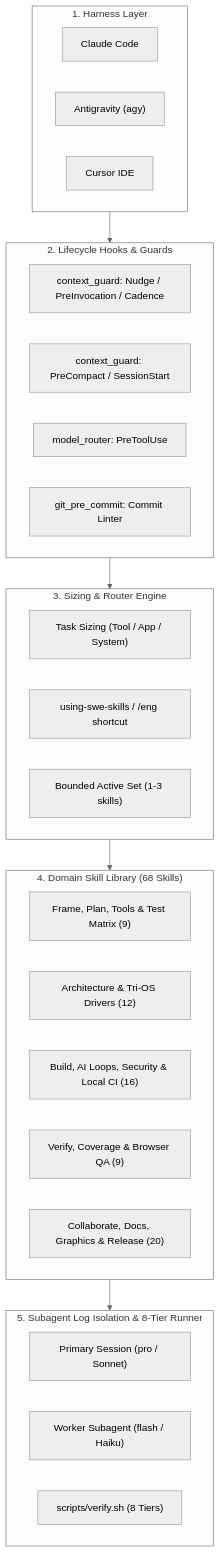
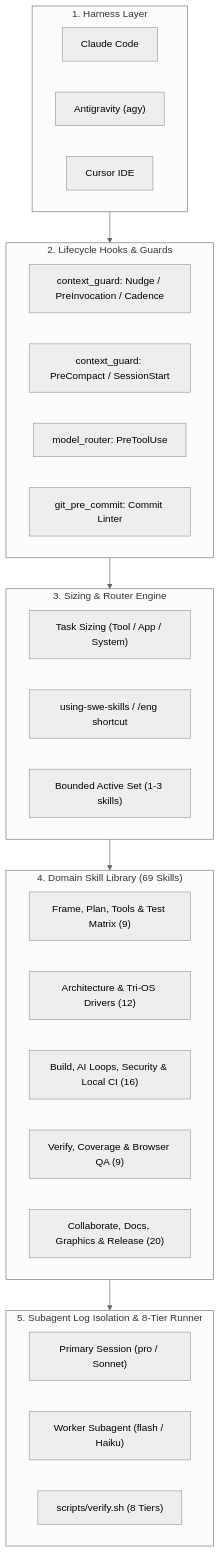
The diagram in docs/architecture.md (bsommers/swe-skills-2), drawn with Mermaid (neutral theme) before and after one commit. The commit also changed 11 other files, not shown here.

````diff
--- a/docs/architecture.md
+++ b/docs/architecture.md
@@ -15,40 +15,40 @@
 ```mermaid
 flowchart TD
     subgraph HarnessLayer["1. Harness Layer"]
         Claude["Claude Code"]
         Agy["Antigravity (agy)"]
         Cursor["Cursor IDE"]
     end
 
     subgraph HookLayer["2. Lifecycle Hooks & Guards"]
         Nudge["context_guard: Nudge / PreInvocation / Cadence"]
         CompGuard["context_guard: PreCompact / SessionStart"]
         RouterGuard["model_router: PreToolUse"]
         GitGuard["git_pre_commit: Commit Linter"]
     end
 
     subgraph RoutingLayer["3. Sizing & Router Engine"]
         Sizer["Task Sizing (Tool / App / System)"]
         Router["using-swe-skills / /eng shortcut"]
         ActiveSet["Bounded Active Set (1-3 skills)"]
     end
 
-    subgraph SkillTaxonomy["4. Domain Skill Library (68 Skills)"]
+    subgraph SkillTaxonomy["4. Domain Skill Library (69 Skills)"]
         FramePlan["Frame, Plan, Tools & Test Matrix (9)"]
         ArchDomain["Architecture & Tri-OS Drivers (12)"]
         BuildDomain["Build, AI Loops, Security & Local CI (16)"]
         VerifyDomain["Verify, Coverage & Browser QA (9)"]
         CollabDomain["Collaborate, Docs, Graphics & Release (20)"]
     end
 
     subgraph IsolationLayer["5. Subagent Log Isolation & 8-Tier Runner"]
         Primary["Primary Session (pro / Sonnet)"]
         Worker["Worker Subagent (flash / Haiku)"]
         VerifySh["scripts/verify.sh (8 Tiers)"]
     end
 
     HarnessLayer --> HookLayer
     HookLayer --> RoutingLayer
     RoutingLayer --> SkillTaxonomy
     SkillTaxonomy --> IsolationLayer
 ```
````
